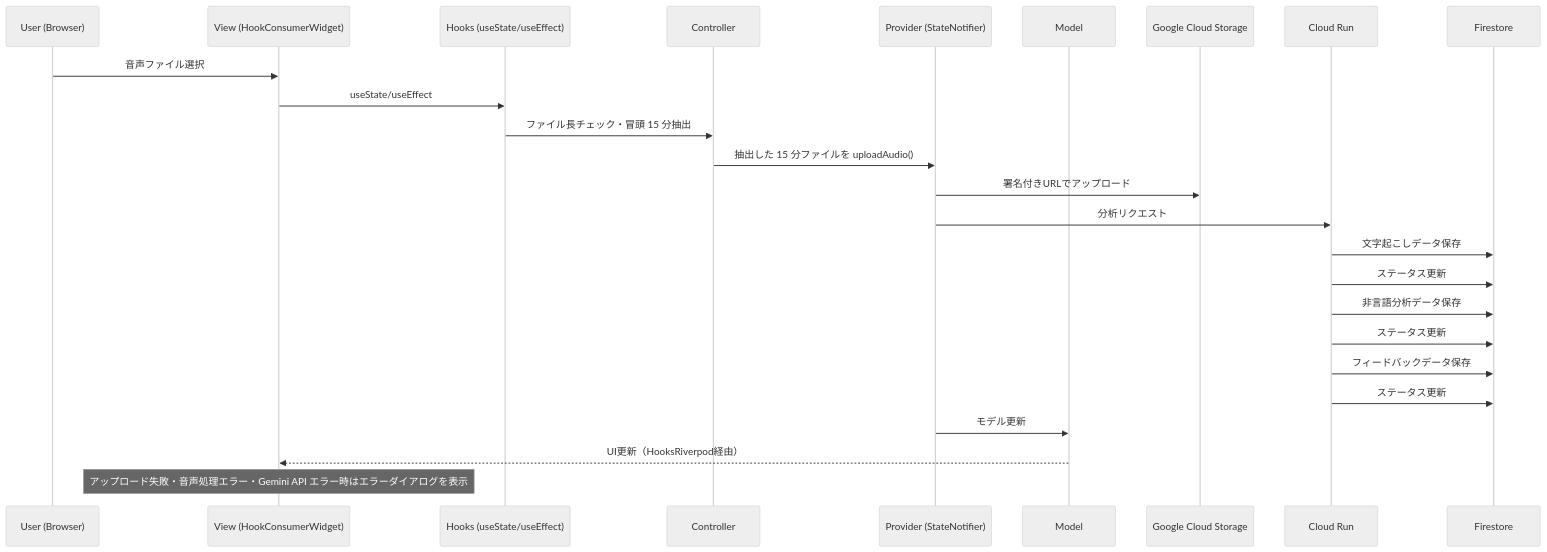
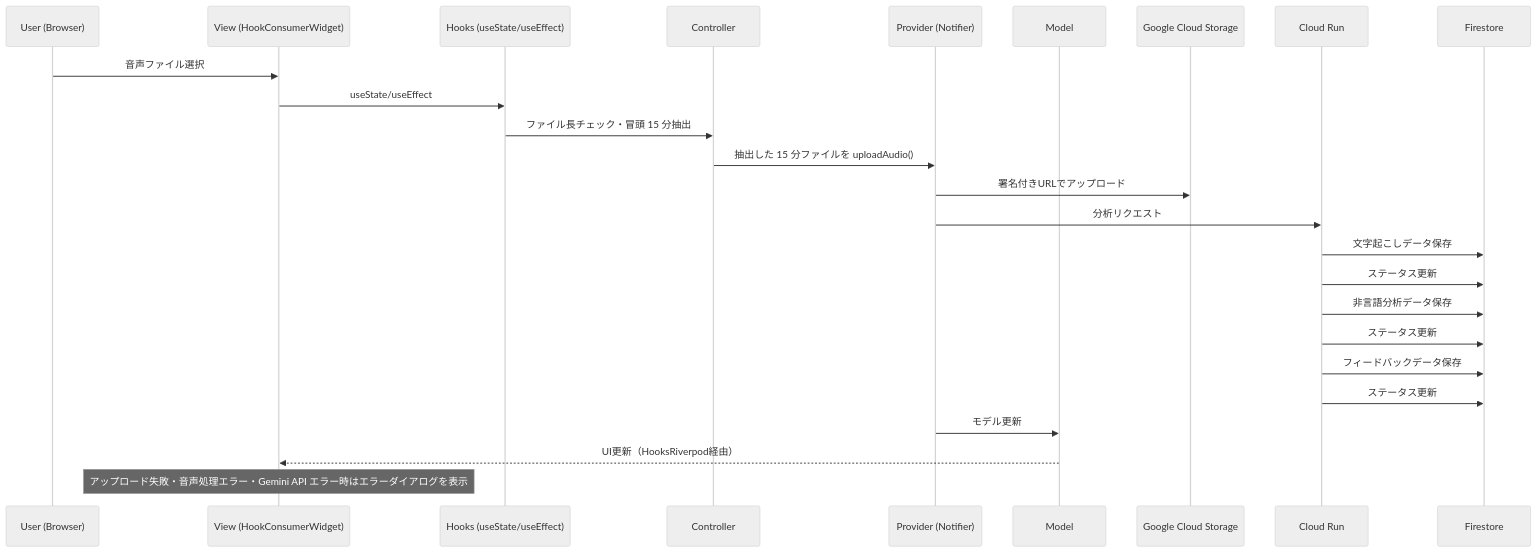
The first of 2 diagrams in context/mvp/design-doc.md (GrassVenture/date-feed-back), drawn with Mermaid (neutral theme) before and after one commit.

Commit message:
design-docの修正

````diff
--- a/context/mvp/design-doc.md
+++ b/context/mvp/design-doc.md
@@ -150,28 +150,28 @@
    ```mermaid
    sequenceDiagram
        participant U as User (Browser)
        participant V as View (HookConsumerWidget)
        participant H as Hooks (useState/useEffect)
        participant C as Controller
-       participant P as Provider (StateNotifier)
+       participant P as Provider (Notifier)
        participant M as Model
        participant GCS as Google Cloud Storage
        participant CR as Cloud Run
        participant FS as Firestore
 
        U->>V: 音声ファイル選択
        V->>H: useState/useEffect
        H->>C: ファイル長チェック・冒頭 15 分抽出
        C->>P: 抽出した 15 分ファイルを uploadAudio()
        P->>GCS: 署名付きURLでアップロード
        P->>CR: 分析リクエスト
        CR->>FS: 文字起こしデータ保存
        CR->>FS: ステータス更新
        CR->>FS: 非言語分析データ保存
        CR->>FS: ステータス更新
        CR->>FS: フィードバックデータ保存
        CR->>FS: ステータス更新
        P->>M: モデル更新
        M-->>V: UI更新（HooksRiverpod経由）
        Note over V: アップロード失敗・音声処理エラー・Gemini API エラー時はエラーダイアログを表示
    ```
````
